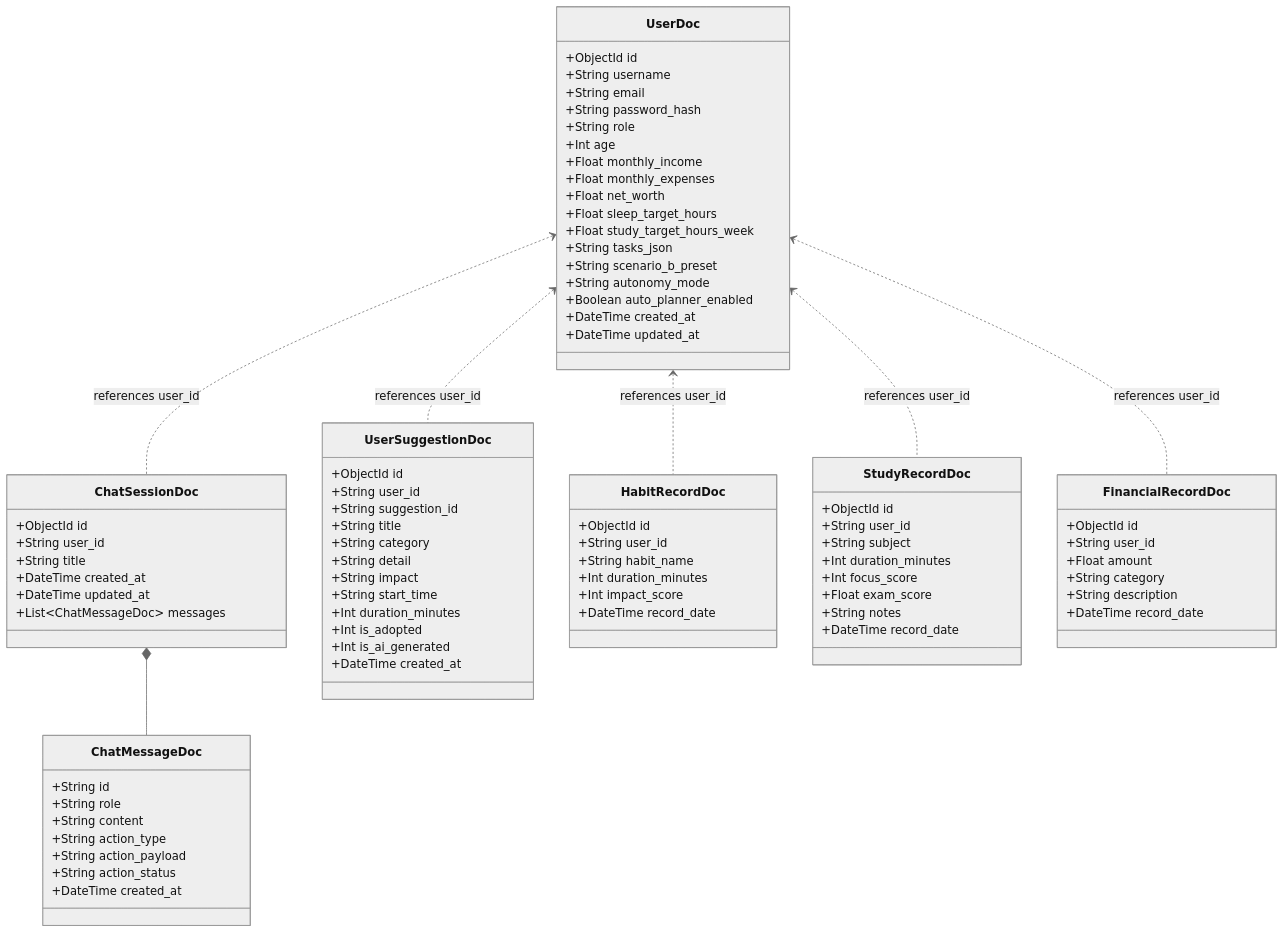
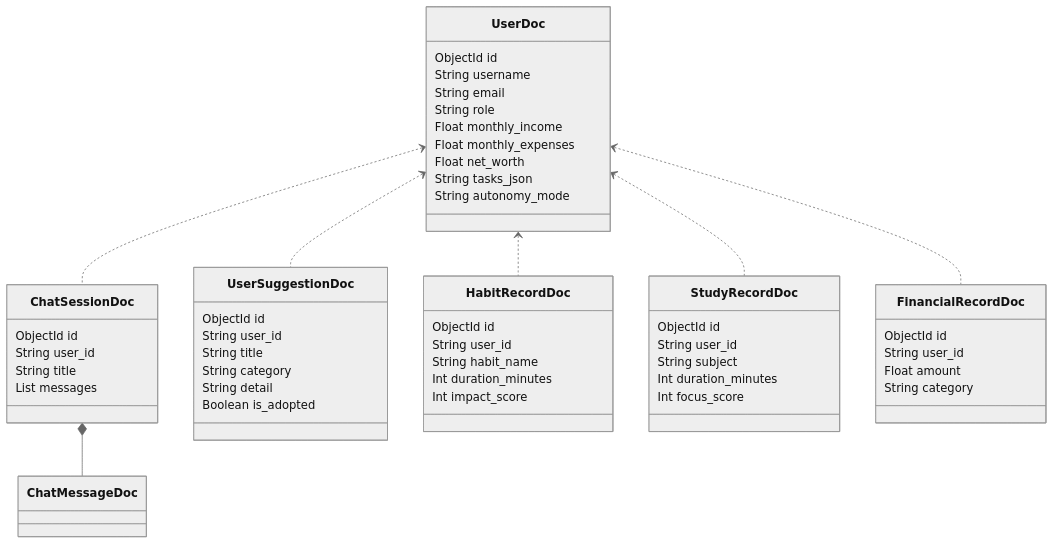
One commit to notysozu/AI-Based-Visual-Risk-and-Compliance-Intelligence-System changed the eighth of 11 diagrams in docs/system_architecture.md. Above: the diagram before and after it, drawn with Mermaid (neutral theme). The commit also changed other lines of this file, not shown here.

First line of the commit message:
Refactor system architecture documentation for clarity

````diff
--- a/docs/system_architecture.md
+++ b/docs/system_architecture.md
@@ -236,92 +142,60 @@
 ```mermaid
 classDiagram
-  class UserDoc {
-    +ObjectId id
-    +String username
-    +String email
-    +String password_hash
-    +String role
-    +Int age
-    +Float monthly_income
-    +Float monthly_expenses
-    +Float net_worth
-    +Float sleep_target_hours
-    +Float study_target_hours_week
-    +String tasks_json
-    +String scenario_b_preset
-    +String autonomy_mode
-    +Boolean auto_planner_enabled
-    +DateTime created_at
-    +DateTime updated_at
-  }
+    class UserDoc {
+        ObjectId id
+        String username
+        String email
+        String role
+        Float monthly_income
+        Float monthly_expenses
+        Float net_worth
+        String tasks_json
+        String autonomy_mode
+    }
 
-  class ChatSessionDoc {
-    +ObjectId id
-    +String user_id
-    +String title
-    +DateTime created_at
-    +DateTime updated_at
-    +List~ChatMessageDoc~ messages
-  }
+    class ChatSessionDoc {
+        ObjectId id
+        String user_id
+        String title
+        List messages
+    }
 
-  class ChatMessageDoc {
-    +String id
-    +String role
-    +String content
-    +String action_type
-    +String action_payload
-    +String action_status
-    +DateTime created_at
-  }
+    class UserSuggestionDoc {
+        ObjectId id
+        String user_id
+        String title
+        String category
+        String detail
+        Boolean is_adopted
+    }
 
-  class UserSuggestionDoc {
-    +ObjectId id
-    +String user_id
-    +String suggestion_id
-    +String title
-    +String category
-    +String detail
-    +String impact
-    +String start_time
-    +Int duration_minutes
-    +Int is_adopted
-    +Int is_ai_generated
-    +DateTime created_at
-  }
+    class HabitRecordDoc {
+        ObjectId id
+        String user_id
+        String habit_name
+        Int duration_minutes
+        Int impact_score
+    }
 
-  class HabitRecordDoc {
-    +ObjectId id
-    +String user_id
-    +String habit_name
-    +Int duration_minutes
-    +Int impact_score
-    +DateTime record_date
-  }
+    class StudyRecordDoc {
+        ObjectId id
+        String user_id
+        String subject
+        Int duration_minutes
+        Int focus_score
+    }
 
-  class StudyRecordDoc {
-    +ObjectId id
-    +String user_id
-    +String subject
-    +Int duration_minutes
-    +Int focus_score
-    +Float exam_score
-    +String notes
-    +DateTime record_date
-  }
+    class FinancialRecordDoc {
+        ObjectId id
+        String user_id
+        Float amount
+        String category
+    }
 
-  class FinancialRecordDoc {
-    +ObjectId id
-    +String user_id
-    +Float amount
-    +String category
-    +String description
-    +DateTime record_date
-  }
-
-  ChatSessionDoc *-- ChatMessageDoc
-  UserDoc <.. ChatSessionDoc: references user_id
-  UserDoc <.. UserSuggestionDoc: references user_id
-  UserDoc <.. HabitRecordDoc: references user_id
-  UserDoc <.. StudyRecordDoc: references user_id
-  UserDoc <.. FinancialRecordDoc: references user_id
+    ChatSessionDoc *-- ChatMessageDoc
+    UserDoc <.. ChatSessionDoc
+    UserDoc <.. UserSuggestionDoc
+    UserDoc <.. HabitRecordDoc
+    UserDoc <.. StudyRecordDoc
+    UserDoc <.. FinancialRecordDoc
 ```
````
